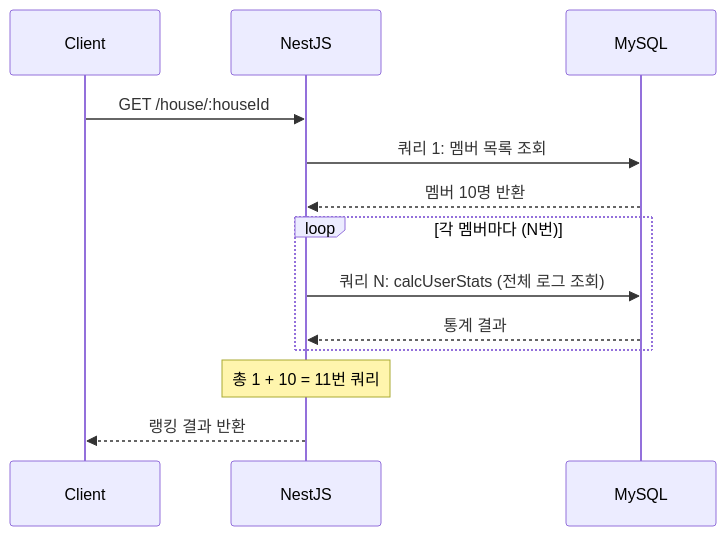
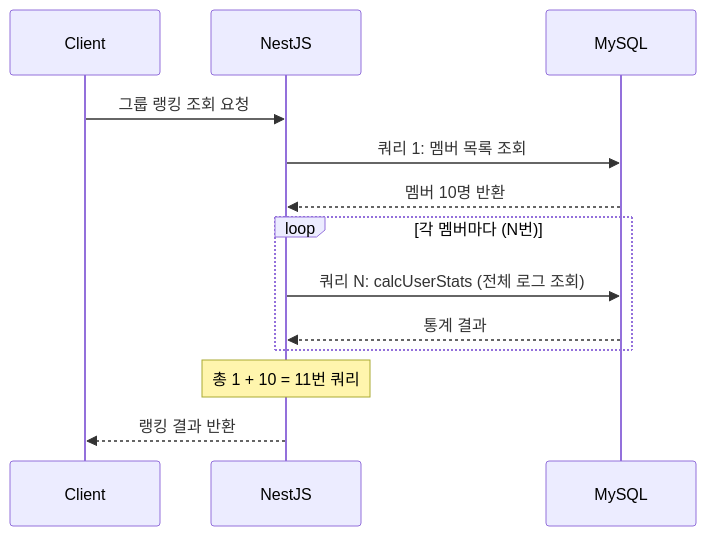
Before and after one commit to jiwon11/jiwon11.github.io: the tenth of 14 diagrams in _posts/2023-03-01-charlie-backend-infrastructure.md, drawn with Mermaid. The commit also changed other lines of this file and 9 other files, not shown here.

````diff
--- a/_posts/2023-03-01-charlie-backend-infrastructure.md
+++ b/_posts/2023-03-01-charlie-backend-infrastructure.md
@@ -905,18 +904,18 @@
 ```mermaid
 sequenceDiagram
     participant Client
     participant Server as NestJS
     participant DB as MySQL
 
-    Client->>Server: GET /house/:houseId
+    Client->>Server: 그룹 랭킹 조회 요청
     Server->>DB: 쿼리 1: 멤버 목록 조회
     DB-->>Server: 멤버 10명 반환
 
     loop 각 멤버마다 (N번)
         Server->>DB: 쿼리 N: calcUserStats (전체 로그 조회)
         DB-->>Server: 통계 결과
     end
 
     Note over Server: 총 1 + 10 = 11번 쿼리
     Server-->>Client: 랭킹 결과 반환
 ```
````
